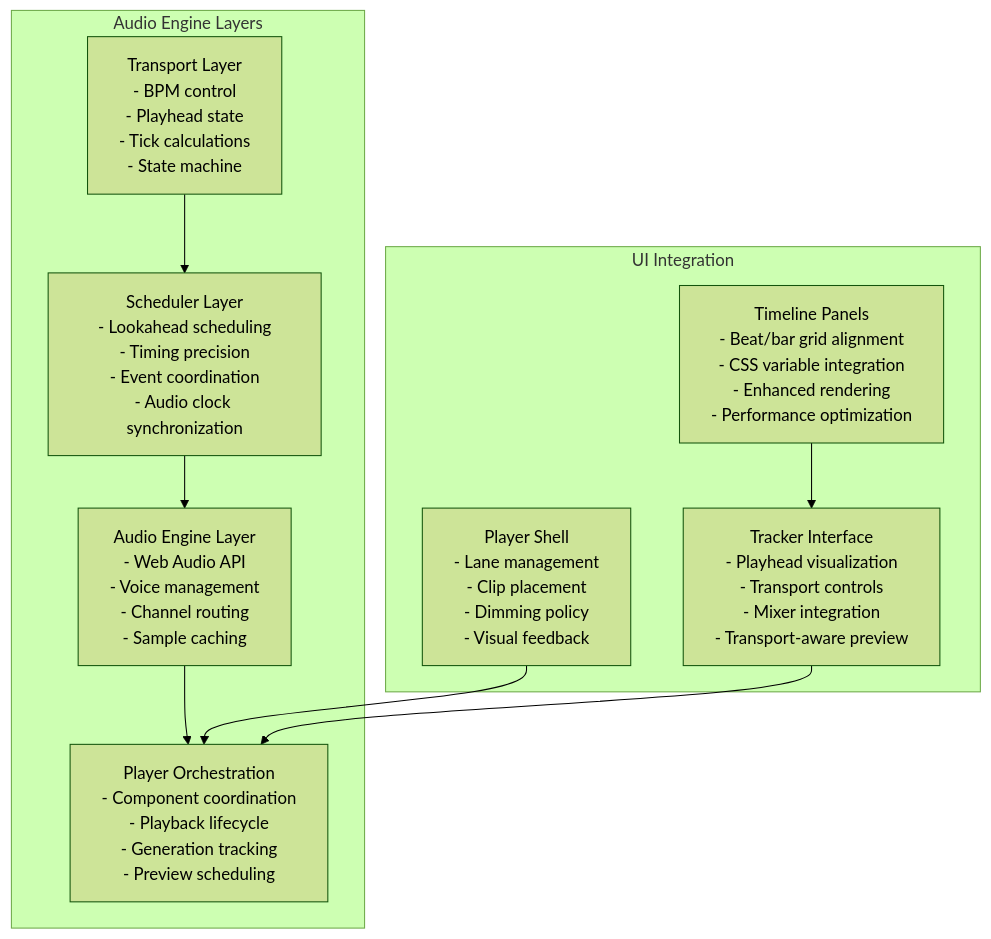
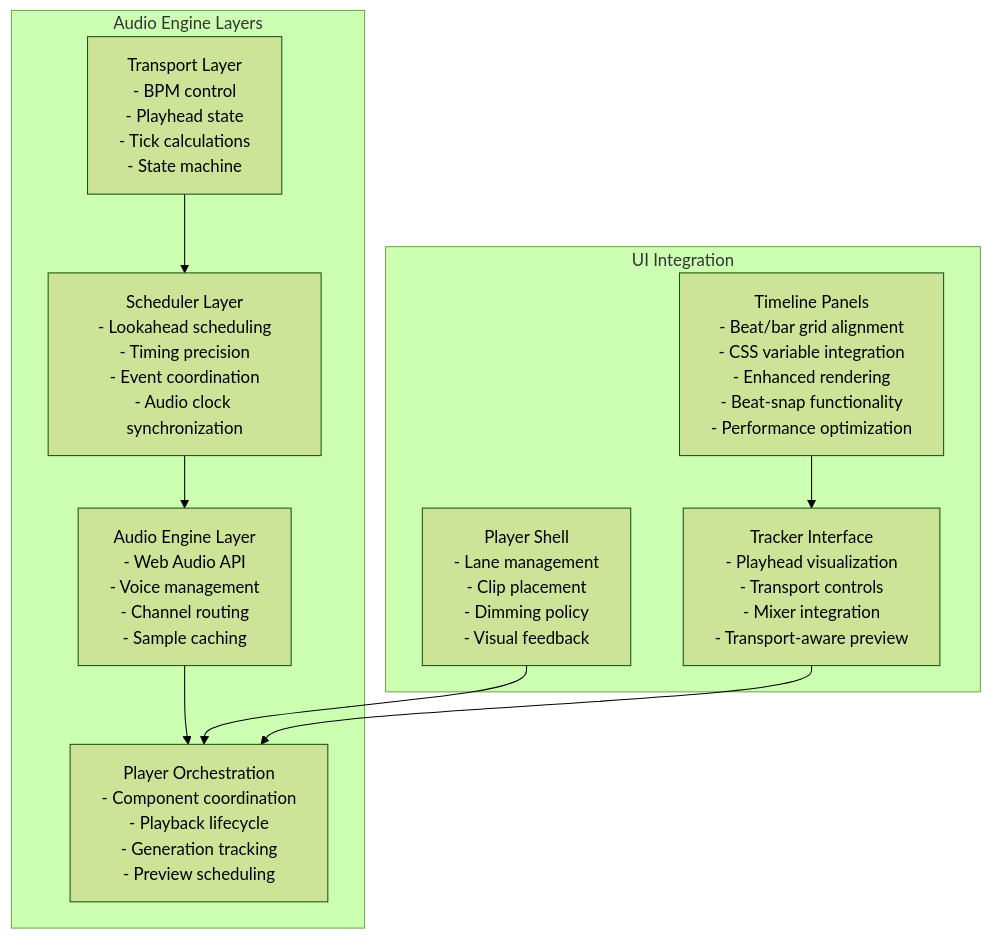
One commit to satyrlord/mixjam-electron changed the first of 12 diagrams in .qoder/repowiki/en/content/Audio Engine/Audio Engine.md. Above: the diagram before and after it, drawn with Mermaid (forest theme). The commit also changed other lines of this file and 45 other files, not shown here.

````diff
--- a/.qoder/repowiki/en/content/Audio Engine/Audio Engine.md
+++ b/.qoder/repowiki/en/content/Audio Engine/Audio Engine.md
@@ -66,20 +72,20 @@
 ```mermaid
 graph TB
 subgraph "Audio Engine Layers"
 A["Transport Layer<br/>- BPM control<br/>- Playhead state<br/>- Tick calculations<br/>- State machine"]
 B["Scheduler Layer<br/>- Lookahead scheduling<br/>- Timing precision<br/>- Event coordination<br/>- Audio clock synchronization"]
 C["Audio Engine Layer<br/>- Web Audio API<br/>- Voice management<br/>- Channel routing<br/>- Sample caching"]
 D["Player Orchestration<br/>- Component coordination<br/>- Playback lifecycle<br/>- Generation tracking<br/>- Preview scheduling"]
 end
 subgraph "UI Integration"
 E["Player Shell<br/>- Lane management<br/>- Clip placement<br/>- Dimming policy<br/>- Visual feedback"]
 F["Tracker Interface<br/>- Playhead visualization<br/>- Transport controls<br/>- Mixer integration<br/>- Transport-aware preview"]
-G["Timeline Panels<br/>- Beat/bar grid alignment<br/>- CSS variable integration<br/>- Enhanced rendering<br/>- Performance optimization"]
+G["Timeline Panels<br/>- Beat/bar grid alignment<br/>- CSS variable integration<br/>- Enhanced rendering<br/>- Beat-snap functionality<br/>- Performance optimization"]
 end
 A --> B
 B --> C
 C --> D
 E --> D
 F --> D
 G --> F
 ```
````
